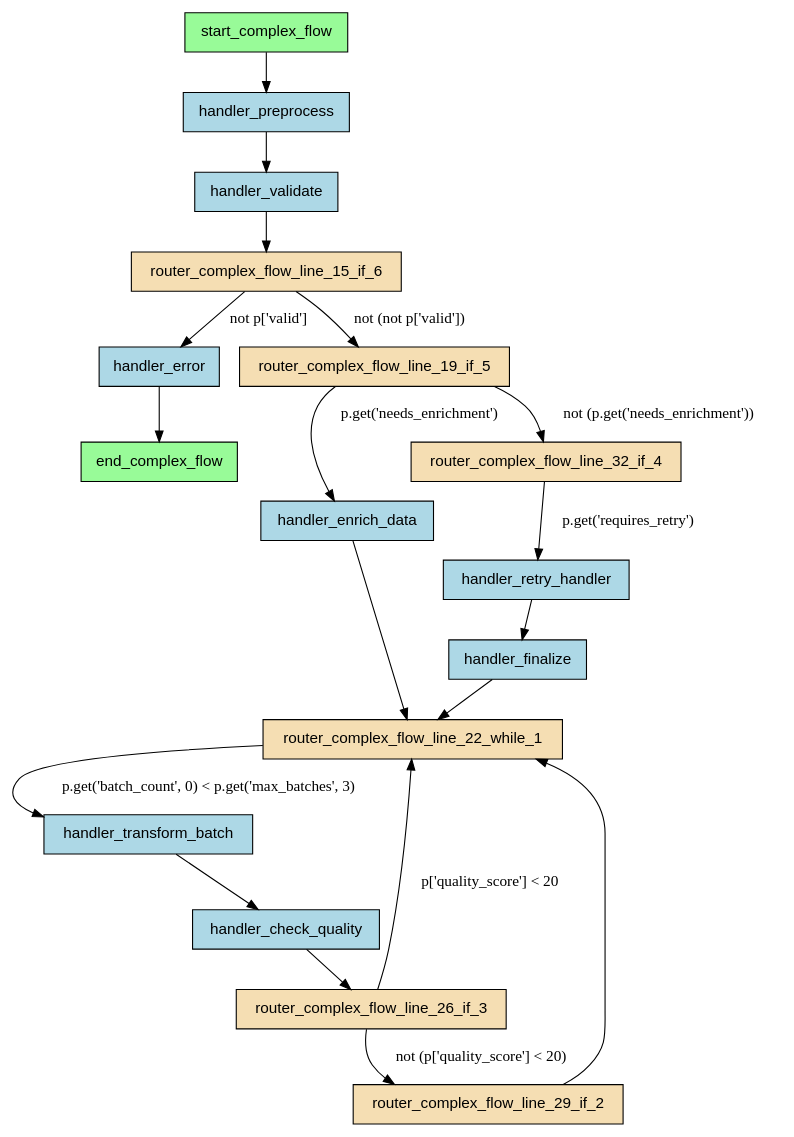
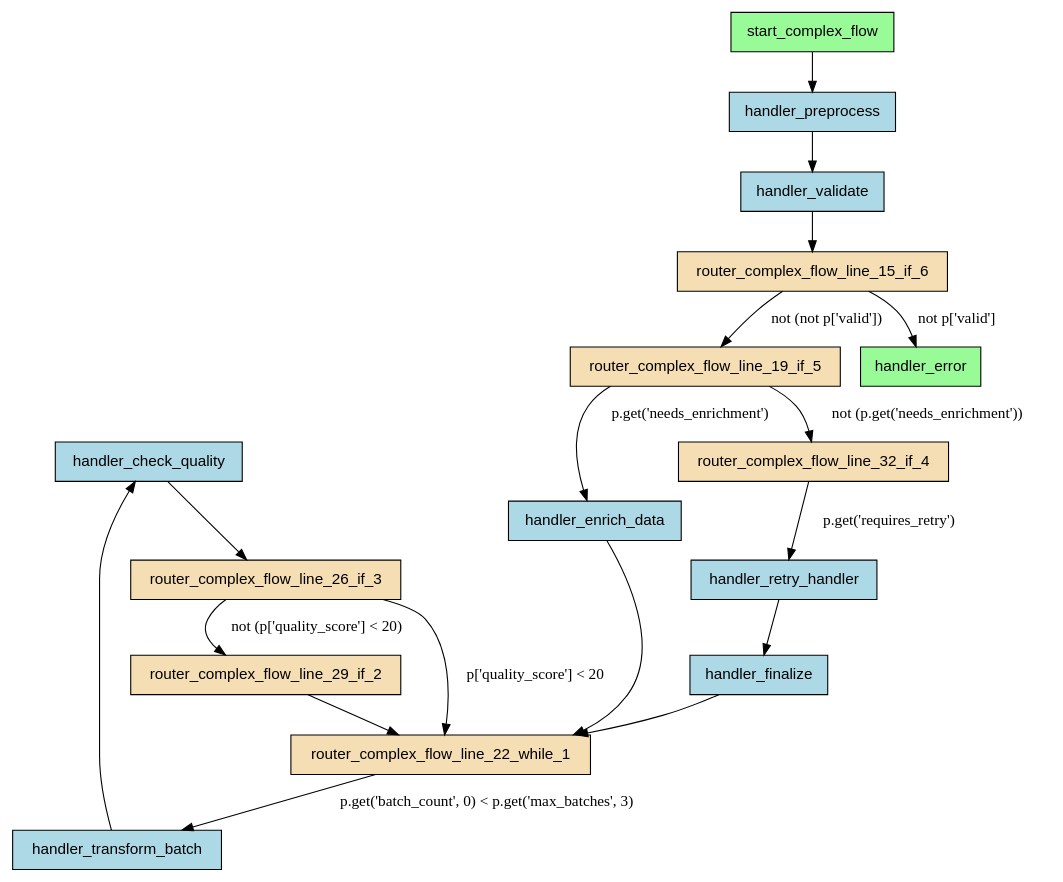
One commit to deliveryhero/asya changed the diagram in examples/flows/compiled/complex_with_while/flow.dot. Above: the diagram before and after it, drawn with Graphviz. The commit also changed 339 other files, not shown here.

First line of the commit message:
feat(compiler): remove end_ router, add graph validation, visual improvements

```diff
--- a/examples/flows/compiled/complex_with_while/flow.dot
+++ b/examples/flows/compiled/complex_with_while/flow.dot
@@ -1,40 +1,38 @@
 digraph "complex_flow" {
     rankdir=TB;
     node [shape=box, style=filled, fontname="Helvetica"];
 
-    end_complex_flow [label="end_complex_flow", fillcolor=palegreen];
     handler_check_quality [label="handler_check_quality", fillcolor=lightblue];
     handler_enrich_data [label="handler_enrich_data", fillcolor=lightblue];
-    handler_error [label="handler_error", fillcolor=lightblue];
+    handler_error [label="handler_error", fillcolor=palegreen];
     handler_finalize [label="handler_finalize", fillcolor=lightblue];
     handler_preprocess [label="handler_preprocess", fillcolor=lightblue];
     handler_retry_handler [label="handler_retry_handler", fillcolor=lightblue];
     handler_transform_batch [label="handler_transform_batch", fillcolor=lightblue];
     handler_validate [label="handler_validate", fillcolor=lightblue];
     router_complex_flow_line_15_if_6 [label="router_complex_flow_line_15_if_6", fillcolor=wheat];
     router_complex_flow_line_19_if_5 [label="router_complex_flow_line_19_if_5", fillcolor=wheat];
     router_complex_flow_line_22_while_1 [label="router_complex_flow_line_22_while_1", fillcolor=wheat];
     router_complex_flow_line_26_if_3 [label="router_complex_flow_line_26_if_3", fillcolor=wheat];
     router_complex_flow_line_29_if_2 [label="router_complex_flow_line_29_if_2", fillcolor=wheat];
     router_complex_flow_line_32_if_4 [label="router_complex_flow_line_32_if_4", fillcolor=wheat];
     start_complex_flow [label="start_complex_flow", fillcolor=palegreen];
 
     start_complex_flow -> handler_preprocess;
     handler_preprocess -> handler_validate;
     handler_validate -> router_complex_flow_line_15_if_6;
     router_complex_flow_line_26_if_3 -> router_complex_flow_line_22_while_1 [label="p['quality_score'] < 20"];
     router_complex_flow_line_26_if_3 -> router_complex_flow_line_29_if_2 [label="not (p['quality_score'] < 20)"];
     router_complex_flow_line_22_while_1 -> handler_transform_batch [label="p.get('batch_count', 0) < p.get('max_batches', 3)"];
     handler_transform_batch -> handler_check_quality;
     handler_check_quality -> router_complex_flow_line_26_if_3;
     router_complex_flow_line_32_if_4 -> handler_retry_handler [label="p.get('requires_retry')"];
     router_complex_flow_line_19_if_5 -> handler_enrich_data [label="p.get('needs_enrichment')"];
     handler_enrich_data -> router_complex_flow_line_22_while_1;
     router_complex_flow_line_19_if_5 -> router_complex_flow_line_32_if_4 [label="not (p.get('needs_enrichment'))"];
     router_complex_flow_line_15_if_6 -> router_complex_flow_line_19_if_5 [label="not (not p['valid'])"];
     router_complex_flow_line_15_if_6 -> handler_error [label="not p['valid']"];
     handler_finalize -> router_complex_flow_line_22_while_1;
     router_complex_flow_line_29_if_2 -> router_complex_flow_line_22_while_1;
     handler_retry_handler -> handler_finalize;
-    handler_error -> end_complex_flow;
 }
```
